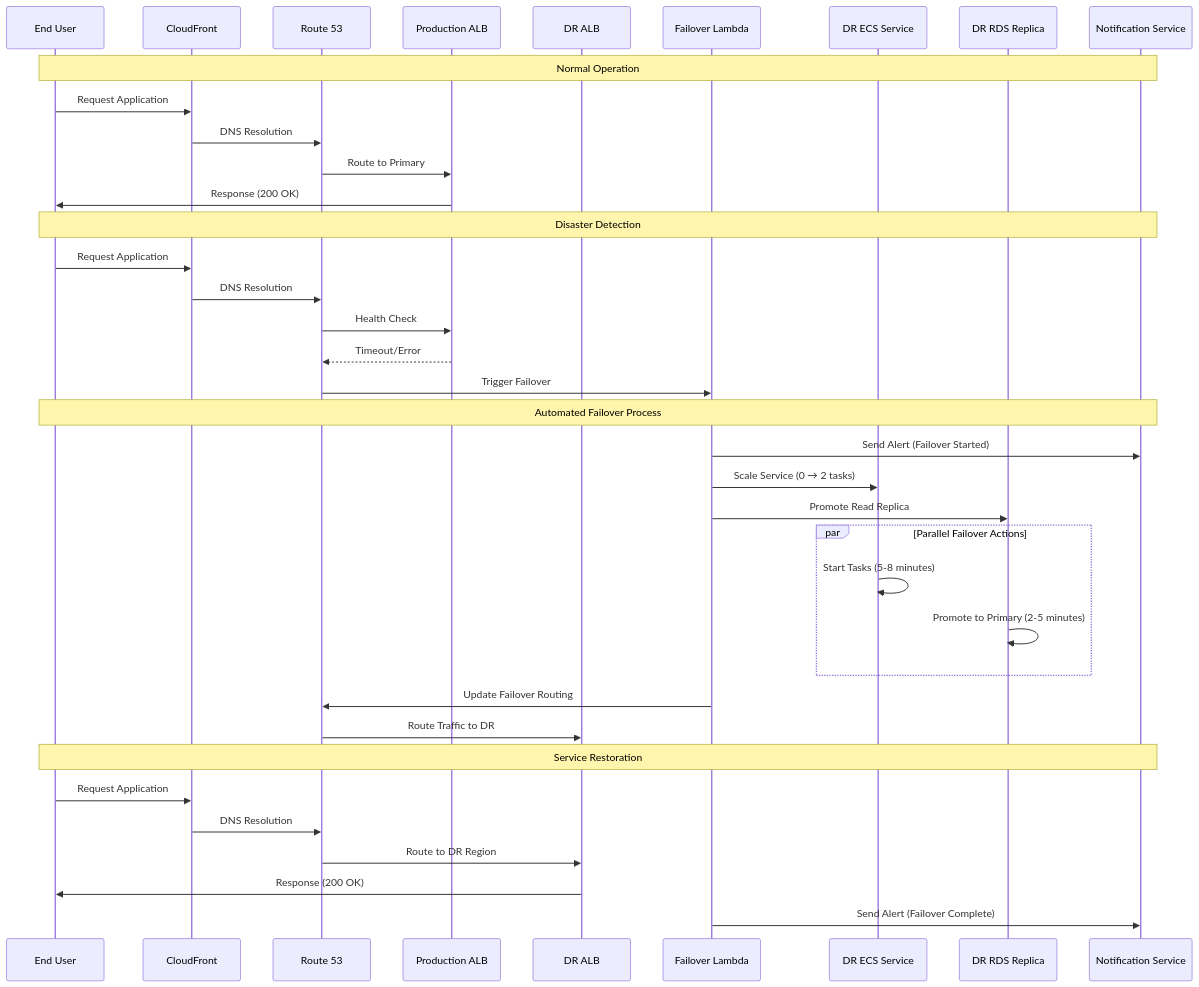
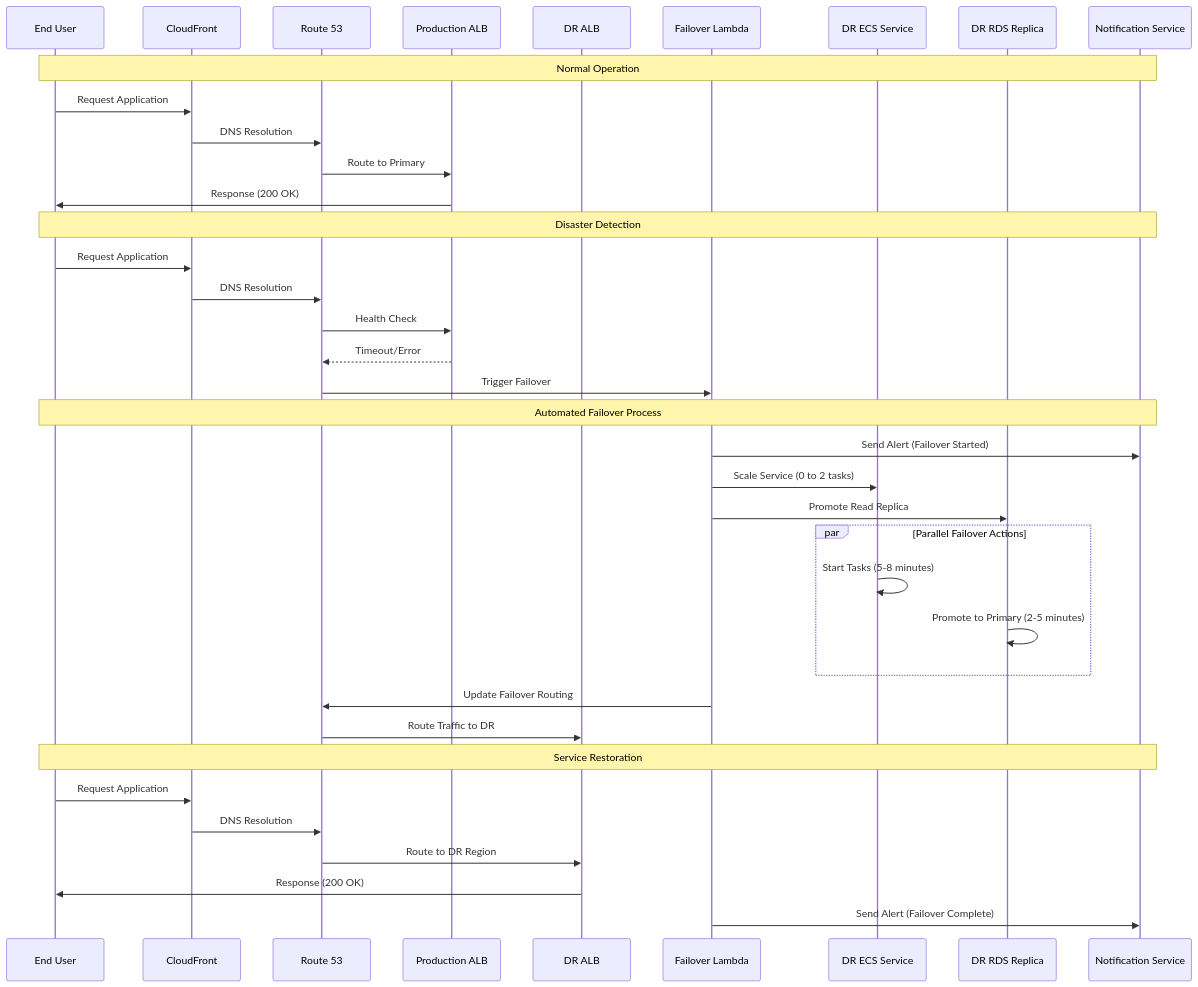
Before and after one commit to mangucletus/disaster-recovery-for-containerized-lamp-stack-application: diagram 12 of 20 in README.md, drawn with Mermaid. The commit also changed other lines of this file, not shown here.

````diff
--- a/README.md
+++ b/README.md
@@ -897,45 +897,45 @@
 ```mermaid
 sequenceDiagram
     participant User as End User
     participant CF as CloudFront
     participant R53 as Route 53
     participant ProdALB as Production ALB
     participant DRALB as DR ALB
     participant Lambda as Failover Lambda
     participant ECS as DR ECS Service
     participant RDS as DR RDS Replica
     participant SNS as Notification Service
     
     Note over User,SNS: Normal Operation
     User->>CF: Request Application
     CF->>R53: DNS Resolution
     R53->>ProdALB: Route to Primary
     ProdALB->>User: Response (200 OK)
     
     Note over User,SNS: Disaster Detection
     User->>CF: Request Application
     CF->>R53: DNS Resolution
     R53->>ProdALB: Health Check
     ProdALB-->>R53: Timeout/Error
     R53->>Lambda: Trigger Failover
     
     Note over User,SNS: Automated Failover Process
     Lambda->>SNS: Send Alert (Failover Started)
-    Lambda->>ECS: Scale Service (0 → 2 tasks)
+    Lambda->>ECS: Scale Service (0 to 2 tasks)
     Lambda->>RDS: Promote Read Replica
     
     par Parallel Failover Actions
         ECS->>ECS: Start Tasks (5-8 minutes)
         RDS->>RDS: Promote to Primary (2-5 minutes)
     end
     
     Lambda->>R53: Update Failover Routing
     R53->>DRALB: Route Traffic to DR
     
     Note over User,SNS: Service Restoration
     User->>CF: Request Application
     CF->>R53: DNS Resolution
     R53->>DRALB: Route to DR Region
     DRALB->>User: Response (200 OK)
     Lambda->>SNS: Send Alert (Failover Complete)
 ```
````
